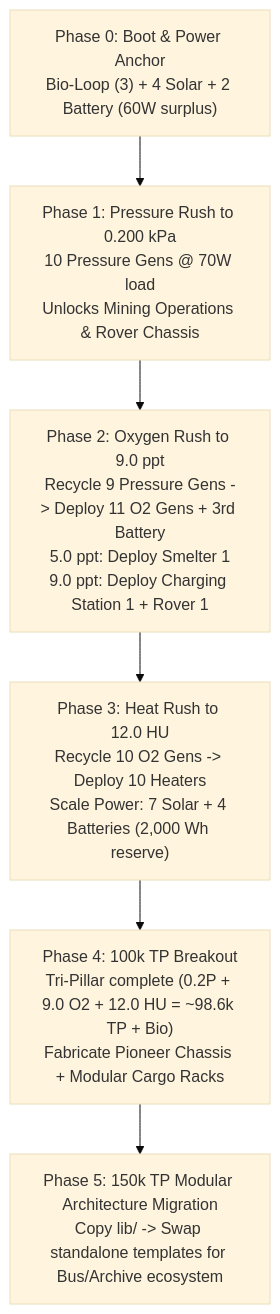
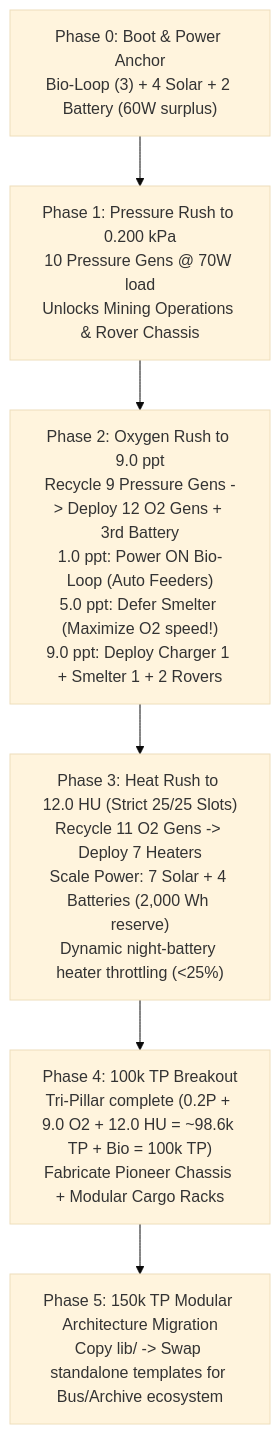
Before and after one commit to crazy-daddy/code_terraform_vibe: the second of 2 diagrams in auto_walkthrough.md, drawn with Mermaid (base theme). The commit also changed other lines of this file and 7 other files, not shown here.

````diff
--- a/auto_walkthrough.md
+++ b/auto_walkthrough.md
@@ -55,11 +55,11 @@
 ```mermaid
 flowchart TD
     Phase0["Phase 0: Boot & Power Anchor<br/>Bio-Loop (3) + 4 Solar + 2 Battery (60W surplus)"]
     Phase1["Phase 1: Pressure Rush to 0.200 kPa<br/>10 Pressure Gens @ 70W load<br/>Unlocks Mining Operations & Rover Chassis"]
-    Phase2["Phase 2: Oxygen Rush to 9.0 ppt<br/>Recycle 9 Pressure Gens -> Deploy 11 O2 Gens + 3rd Battery<br/>5.0 ppt: Deploy Smelter 1<br/>9.0 ppt: Deploy Charging Station 1 + Rover 1"]
-    Phase3["Phase 3: Heat Rush to 12.0 HU<br/>Recycle 10 O2 Gens -> Deploy 10 Heaters<br/>Scale Power: 7 Solar + 4 Batteries (2,000 Wh reserve)"]
-    Phase4["Phase 4: 100k TP Breakout<br/>Tri-Pillar complete (0.2P + 9.0 O2 + 12.0 HU = ~98.6k TP + Bio)<br/>Fabricate Pioneer Chassis + Modular Cargo Racks"]
+    Phase2["Phase 2: Oxygen Rush to 9.0 ppt<br/>Recycle 9 Pressure Gens -> Deploy 12 O2 Gens + 3rd Battery<br/>1.0 ppt: Power ON Bio-Loop (Auto Feeders)<br/>5.0 ppt: Defer Smelter (Maximize O2 speed!)<br/>9.0 ppt: Deploy Charger 1 + Smelter 1 + 2 Rovers"]
+    Phase3["Phase 3: Heat Rush to 12.0 HU (Strict 25/25 Slots)<br/>Recycle 11 O2 Gens -> Deploy 7 Heaters<br/>Scale Power: 7 Solar + 4 Batteries (2,000 Wh reserve)<br/>Dynamic night-battery heater throttling (<25%)"]
+    Phase4["Phase 4: 100k TP Breakout<br/>Tri-Pillar complete (0.2P + 9.0 O2 + 12.0 HU = ~98.6k TP + Bio = 100k TP)<br/>Fabricate Pioneer Chassis + Modular Cargo Racks"]
     Phase5["Phase 5: 150k TP Modular Architecture Migration<br/>Copy lib/ -> Swap standalone templates for Bus/Archive ecosystem"]
 
     Phase0 --> Phase1 --> Phase2 --> Phase3 --> Phase4 --> Phase5
 ```
````
